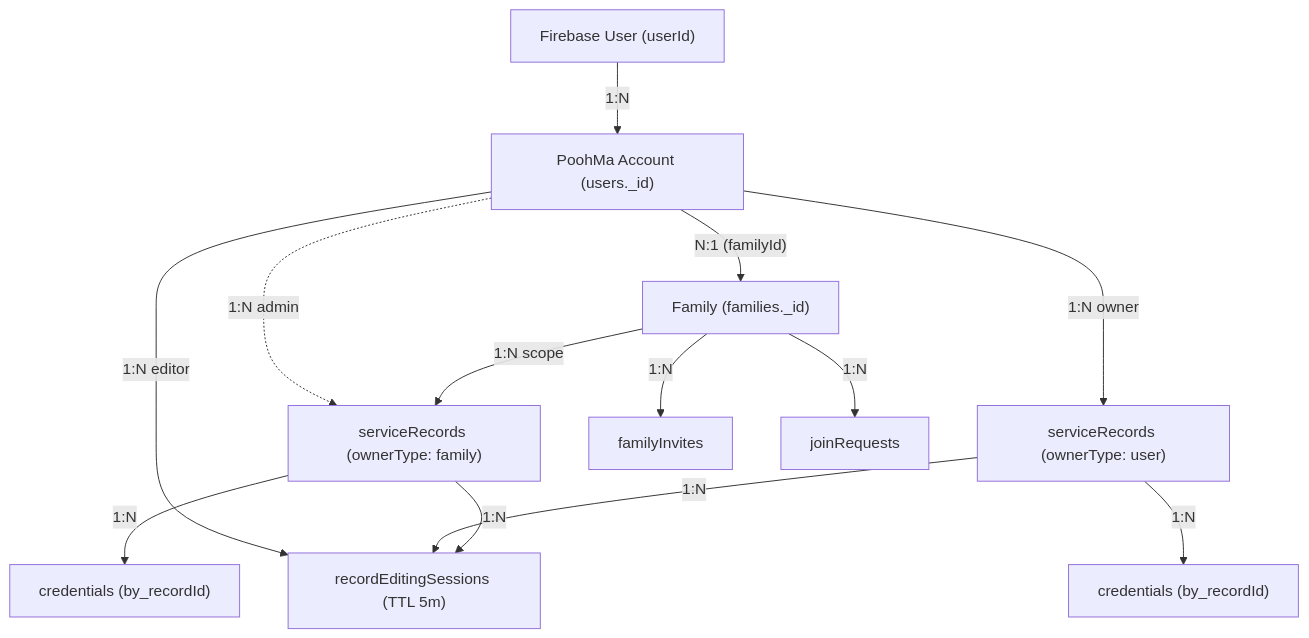
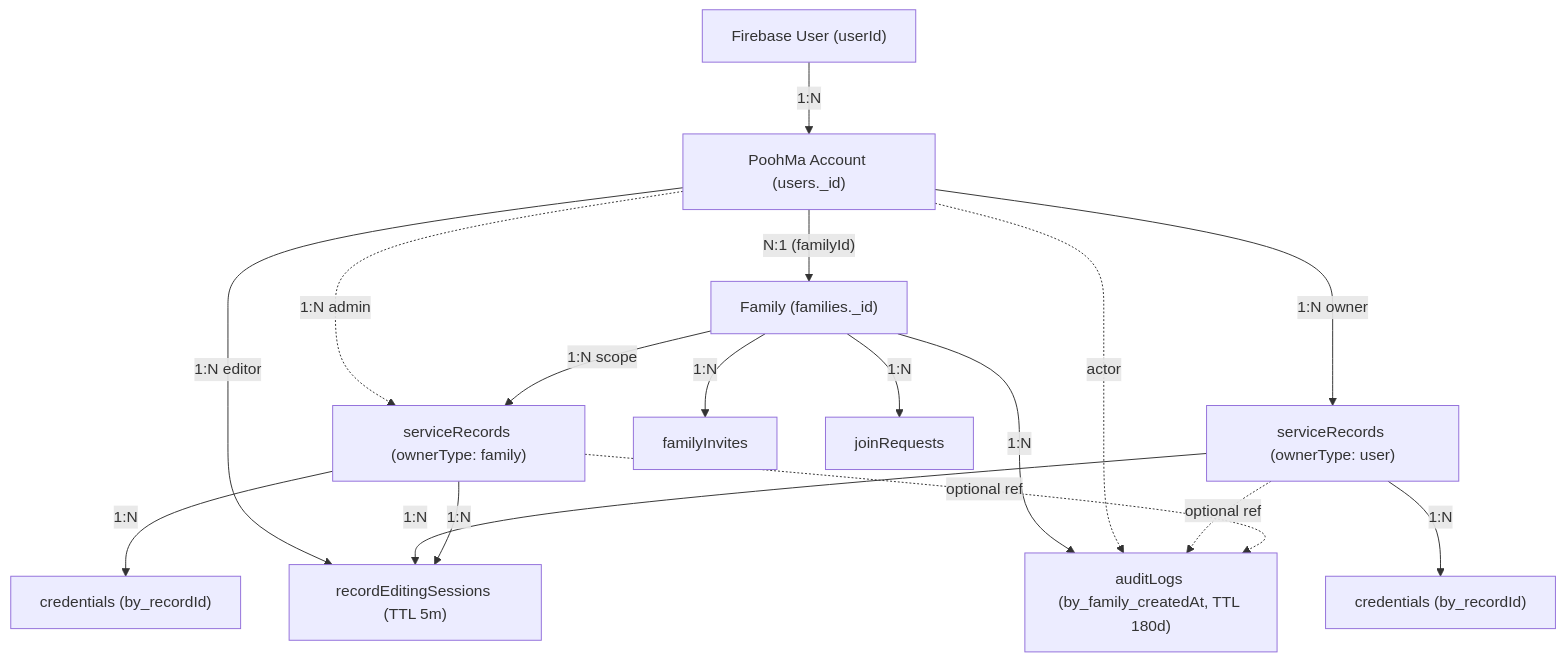
Before and after one commit to luthpg/poohma: the first of 6 diagrams in .ai/domain.md, drawn with Mermaid. The commit also changed other lines of this file and 24 other files, not shown here.

````diff
--- a/.ai/domain.md
+++ b/.ai/domain.md
@@ -9,18 +9,22 @@
 ```mermaid
 flowchart TD
     FirebaseUser["Firebase User (userId)"] -->|"1:N"| PoohMaAccount["PoohMa Account (users._id)"]
     PoohMaAccount -->|"N:1 (familyId)"| Family["Family (families._id)"]
     
     PoohMaAccount -->|"1:N owner"| RecUser["serviceRecords (ownerType: user)"]
     PoohMaAccount -.->|"1:N admin"| RecFamily["serviceRecords (ownerType: family)"]
     PoohMaAccount -->|"1:N editor"| EditSession["recordEditingSessions (TTL 5m)"]
     
     RecUser -->|"1:N"| CredsUser["credentials (by_recordId)"]
     RecFamily -->|"1:N"| CredsFamily["credentials (by_recordId)"]
     RecUser -->|"1:N"| EditSession
     RecFamily -->|"1:N"| EditSession
     
     Family -->|"1:N scope"| RecFamily
     Family -->|"1:N"| Invites["familyInvites"]
     Family -->|"1:N"| JoinReqs["joinRequests"]
+    Family -->|"1:N"| AuditLog["auditLogs (by_family_createdAt, TTL 180d)"]
+    PoohMaAccount -.->|"actor"| AuditLog
+    RecUser -.->|"optional ref"| AuditLog
+    RecFamily -.->|"optional ref"| AuditLog
 ```
````
